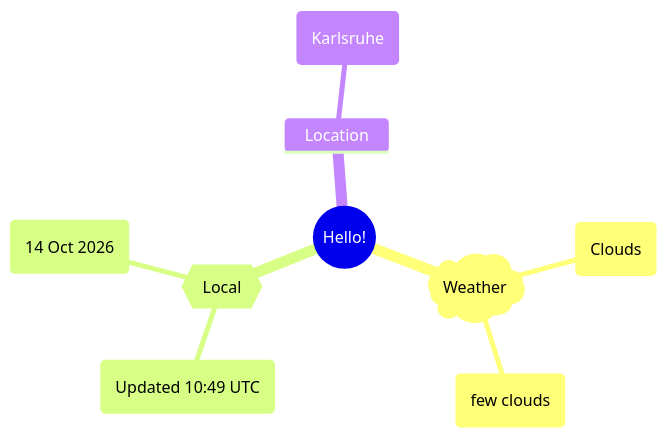
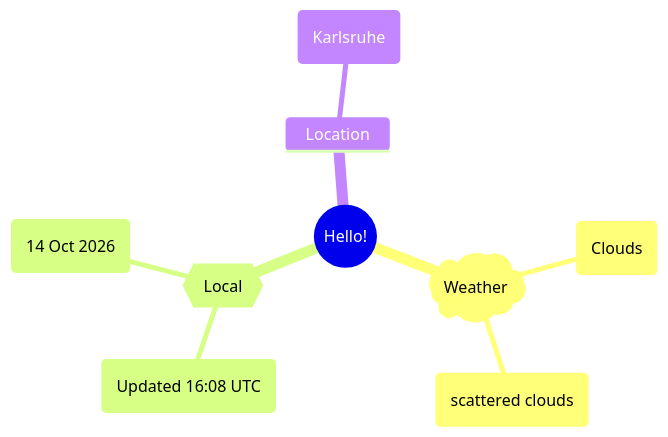
One commit to Xosrov/Xosrov changed the first of 2 diagrams in README.md. Above: the diagram before and after it, drawn with Mermaid.

Commit message:
[bot] updated images

````diff
--- a/README.md
+++ b/README.md
@@ -3,12 +3,12 @@
 ```mermaid
 mindmap
   root((Hello!))
     )Weather(
         (Clouds)
-        (few clouds)
+        (scattered clouds)
     {{Local}}
-        (Updated 10:49 UTC)
+        (Updated 16:08 UTC)
         (14 Oct 2026)
     Location
         (Karlsruhe)
 ```
````
